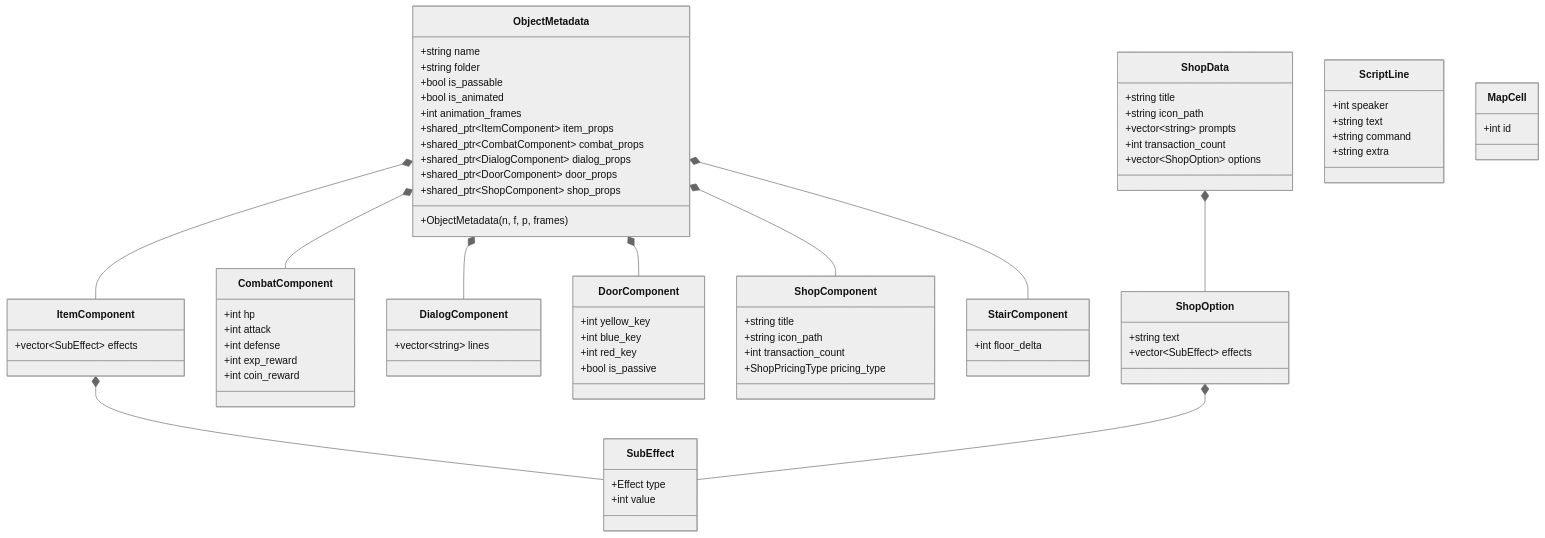
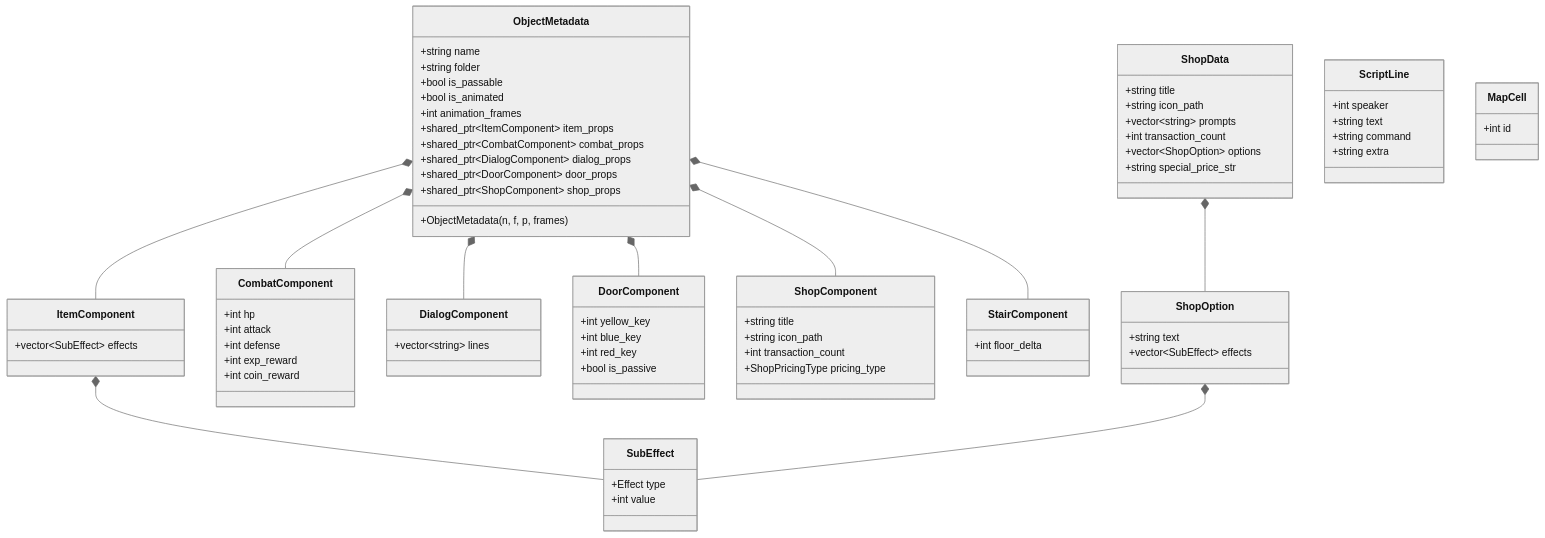
The fourth of 4 diagrams in Constructure.md (XWJWPIY/schoolwork_recreate_magic_tower), drawn with Mermaid (neutral theme) before and after one commit. The commit also changed other lines of this file and 17 other files, not shown here.

```diff
--- a/Constructure.md
+++ b/Constructure.md
@@ -402,6 +404,7 @@
         +vector~string~ prompts
         +int transaction_count
         +vector~ShopOption~ options
+        +string special_price_str
     }
 
     class ScriptLine {
```
